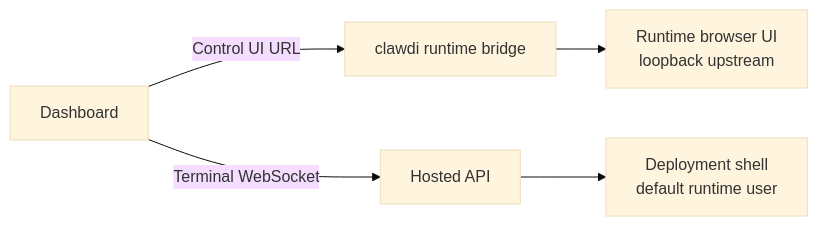
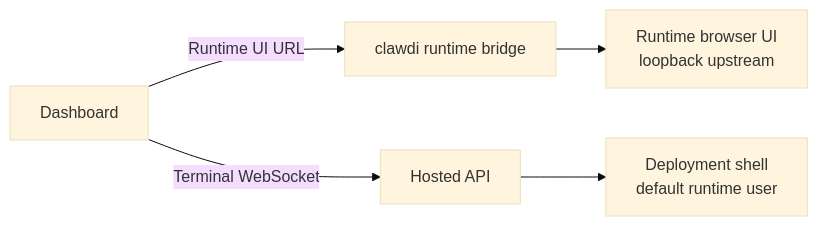
One commit to Clawdi-AI/clawdi changed the second of 2 diagrams in docs/managed-runtime.md. Above: the diagram before and after it, drawn with Mermaid (base theme). The commit also changed other lines of this file and 8 other files, not shown here.

````diff
--- a/docs/managed-runtime.md
+++ b/docs/managed-runtime.md
@@ -251,7 +251,7 @@
 ```mermaid
 flowchart LR
-    Dashboard[Dashboard] -->|Control UI URL| Bridge[clawdi runtime bridge]
+    Dashboard[Dashboard] -->|Runtime UI URL| Bridge[clawdi runtime bridge]
     Bridge --> RuntimeUI[Runtime browser UI<br/>loopback upstream]
     Dashboard -->|Terminal WebSocket| HostedAPI[Hosted API]
     HostedAPI --> Shell[Deployment shell<br/>default runtime user]
 ```
````
